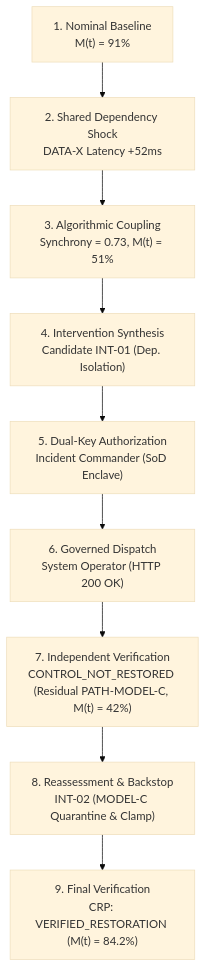
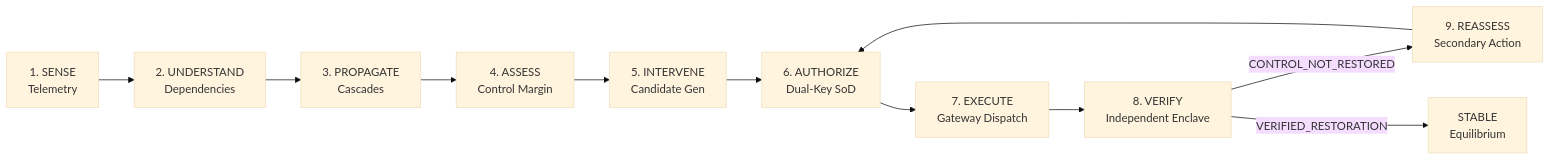
Before and after one commit to inesh-2384/datathonproject: the first of 2 diagrams in README.md, drawn with Mermaid (base theme). The commit also changed other lines of this file, not shown here.

````diff
--- a/README.md
+++ b/README.md
@@ -36,11 +63,13 @@
 ```mermaid
-flowchart TD
-    A["1. Nominal Baseline<br/>M(t) = 91%"] --> B["2. Shared Dependency Shock<br/>DATA-X Latency +52ms"]
-    B --> C["3. Algorithmic Coupling<br/>Synchrony = 0.73, M(t) = 51%"]
-    C --> D["4. Intervention Synthesis<br/>Candidate INT-01 (Dep. Isolation)"]
-    D --> E["5. Dual-Key Authorization<br/>Incident Commander (SoD Enclave)"]
-    E --> F["6. Governed Dispatch<br/>System Operator (HTTP 200 OK)"]
-    F --> G["7. Independent Verification<br/>CONTROL_NOT_RESTORED (Residual PATH-MODEL-C, M(t) = 42%)"]
-    G --> H["8. Reassessment & Backstop<br/>INT-02 (MODEL-C Quarantine & Clamp)"]
-    H --> I["9. Final Verification<br/>CRP: VERIFIED_RESTORATION (M(t) = 84.2%)"]
+flowchart LR
+    Sense["1. SENSE<br/>Telemetry"] --> Understand["2. UNDERSTAND<br/>Dependencies"]
+    Understand --> Propagate["3. PROPAGATE<br/>Cascades"]
+    Propagate --> Assess["4. ASSESS<br/>Control Margin"]
+    Assess --> Intervene["5. INTERVENE<br/>Candidate Gen"]
+    Intervene --> Authorize["6. AUTHORIZE<br/>Dual-Key SoD"]
+    Authorize --> Execute["7. EXECUTE<br/>Gateway Dispatch"]
+    Execute --> Verify["8. VERIFY<br/>Independent Enclave"]
+    Verify -->|CONTROL_NOT_RESTORED| Reassess["9. REASSESS<br/>Secondary Action"]
+    Reassess --> Authorize
+    Verify -->|VERIFIED_RESTORATION| Stable["STABLE<br/>Equilibrium"]
 ```
````
